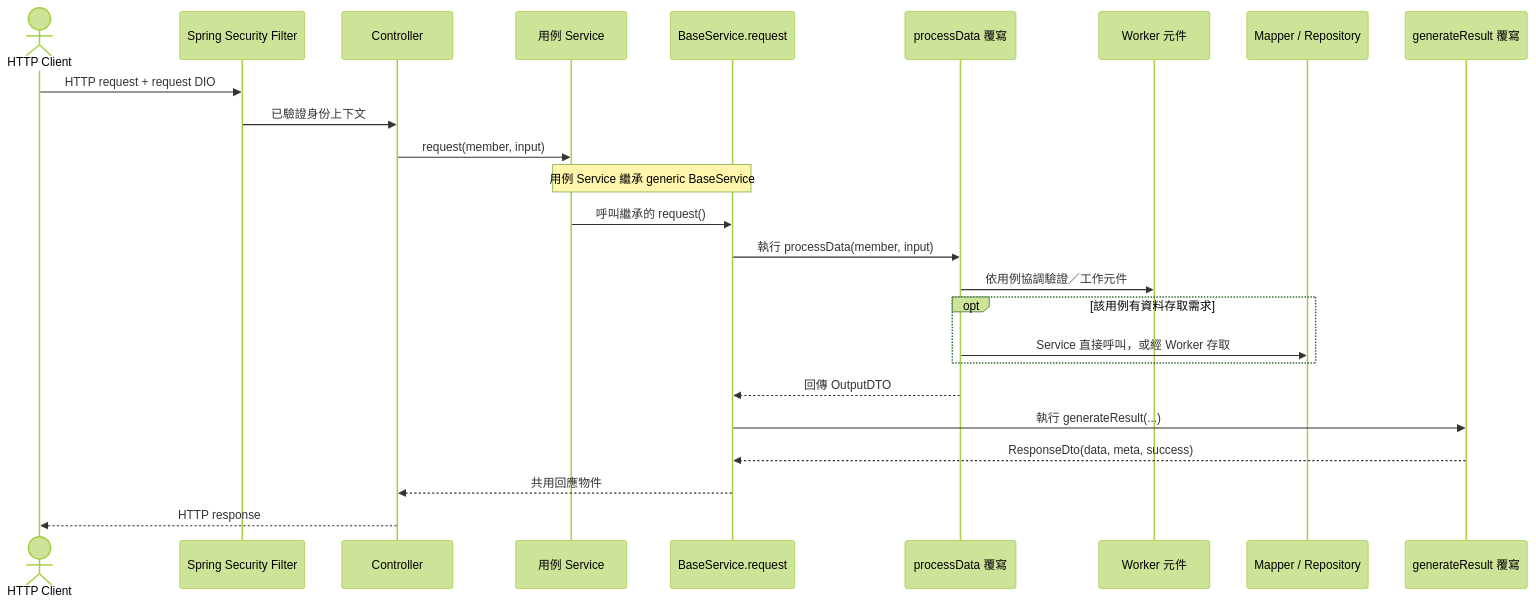
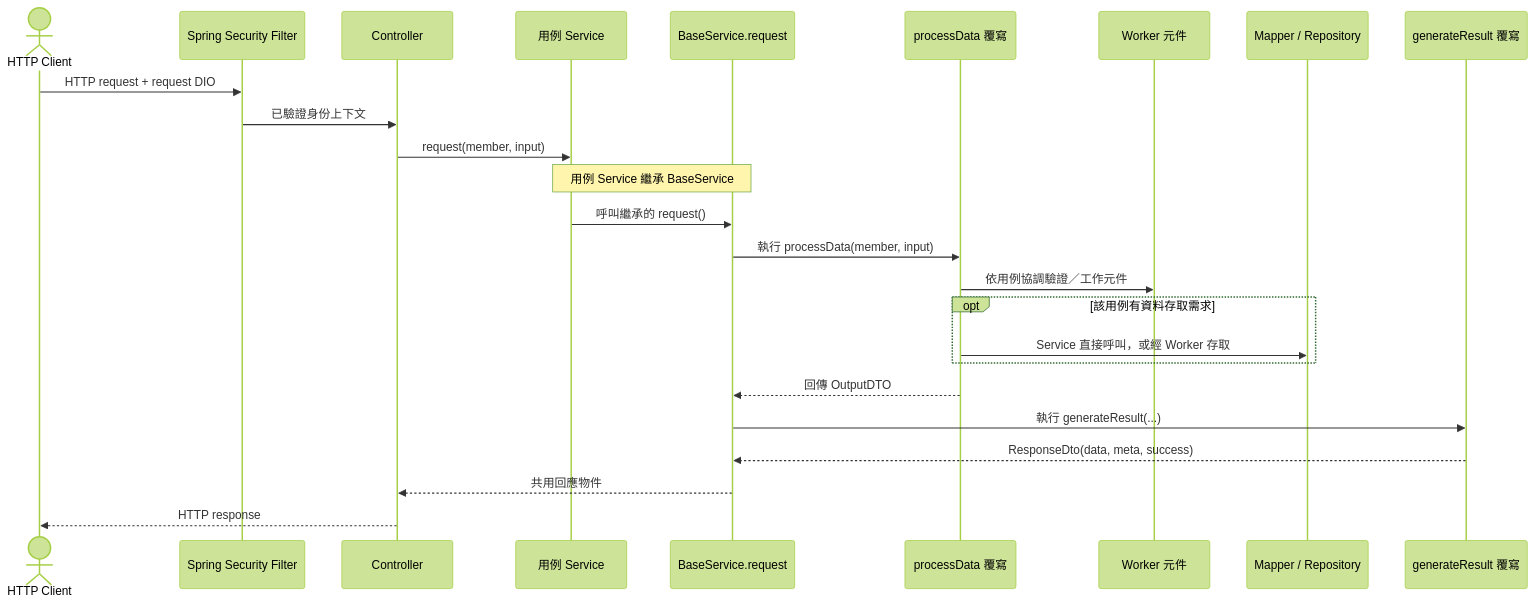
The diagram in docs/workflow.md (highhao/insurance-saas-platform), drawn with Mermaid (forest theme) before and after one commit. The commit also changed 1 other file, not shown here.

Commit message:
Clarify insurance module architecture

````diff
--- a/docs/workflow.md
+++ b/docs/workflow.md
@@ -5,28 +5,28 @@
 ```mermaid
 sequenceDiagram
     actor Client as HTTP Client
     participant Filter as Spring Security Filter
     participant Controller
     participant Service as 用例 Service
     participant Base as BaseService.request
     participant Process as processData 覆寫
     participant Worker as Worker 元件
     participant Store as Mapper / Repository
     participant Build as generateResult 覆寫
 
     Client->>Filter: HTTP request + request DIO
     Filter->>Controller: 已驗證身份上下文
     Controller->>Service: request(member, input)
-    Note over Service,Base: 用例 Service 繼承 generic BaseService
+    Note over Service,Base: 用例 Service 繼承 BaseService
     Service->>Base: 呼叫繼承的 request()
     Base->>Process: 執行 processData(member, input)
     Process->>Worker: 依用例協調驗證／工作元件
     opt 該用例有資料存取需求
         Process->>Store: Service 直接呼叫，或經 Worker 存取
     end
     Process-->>Base: 回傳 OutputDTO
     Base->>Build: 執行 generateResult(...)
     Build-->>Base: ResponseDto(data, meta, success)
     Base-->>Controller: 共用回應物件
     Controller-->>Client: HTTP response
 ```
````
